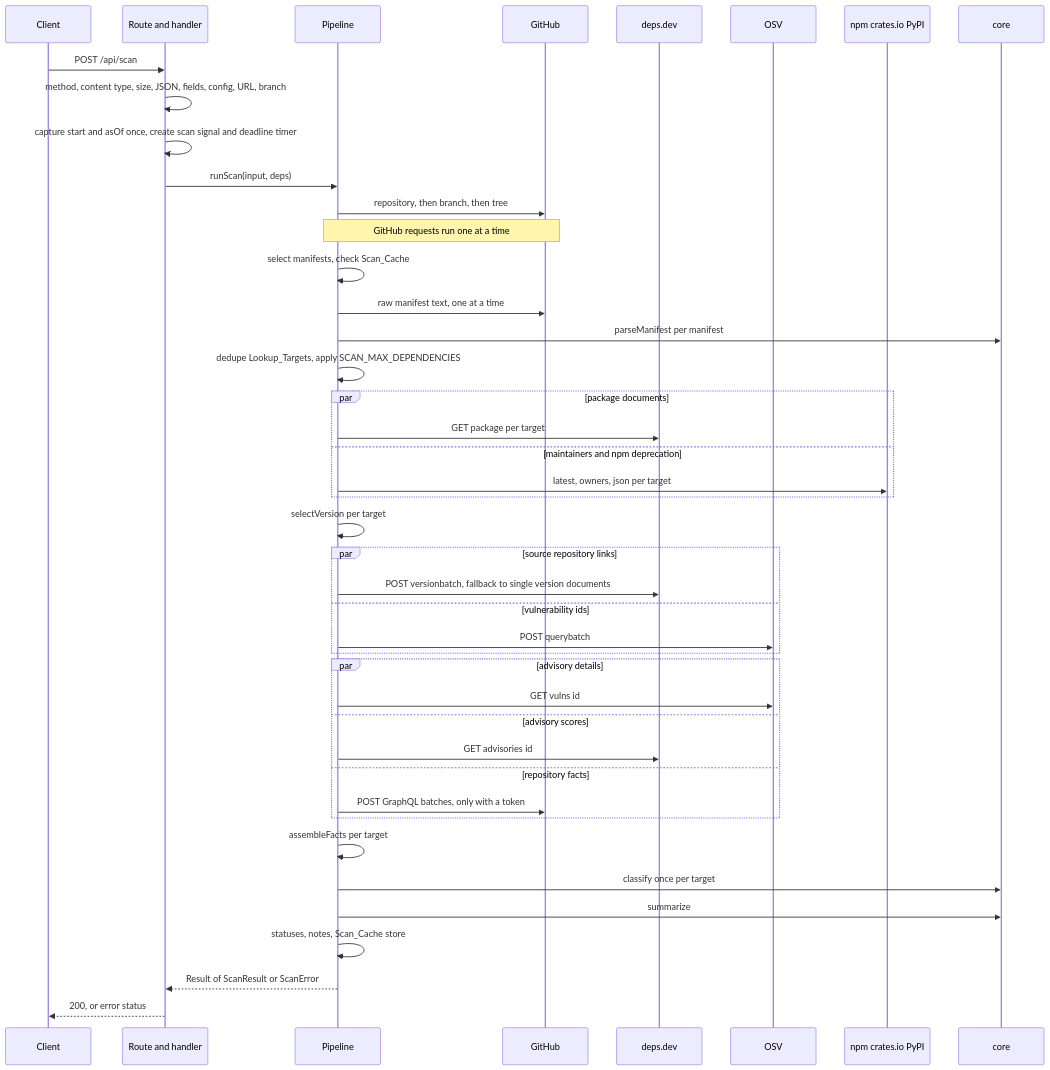
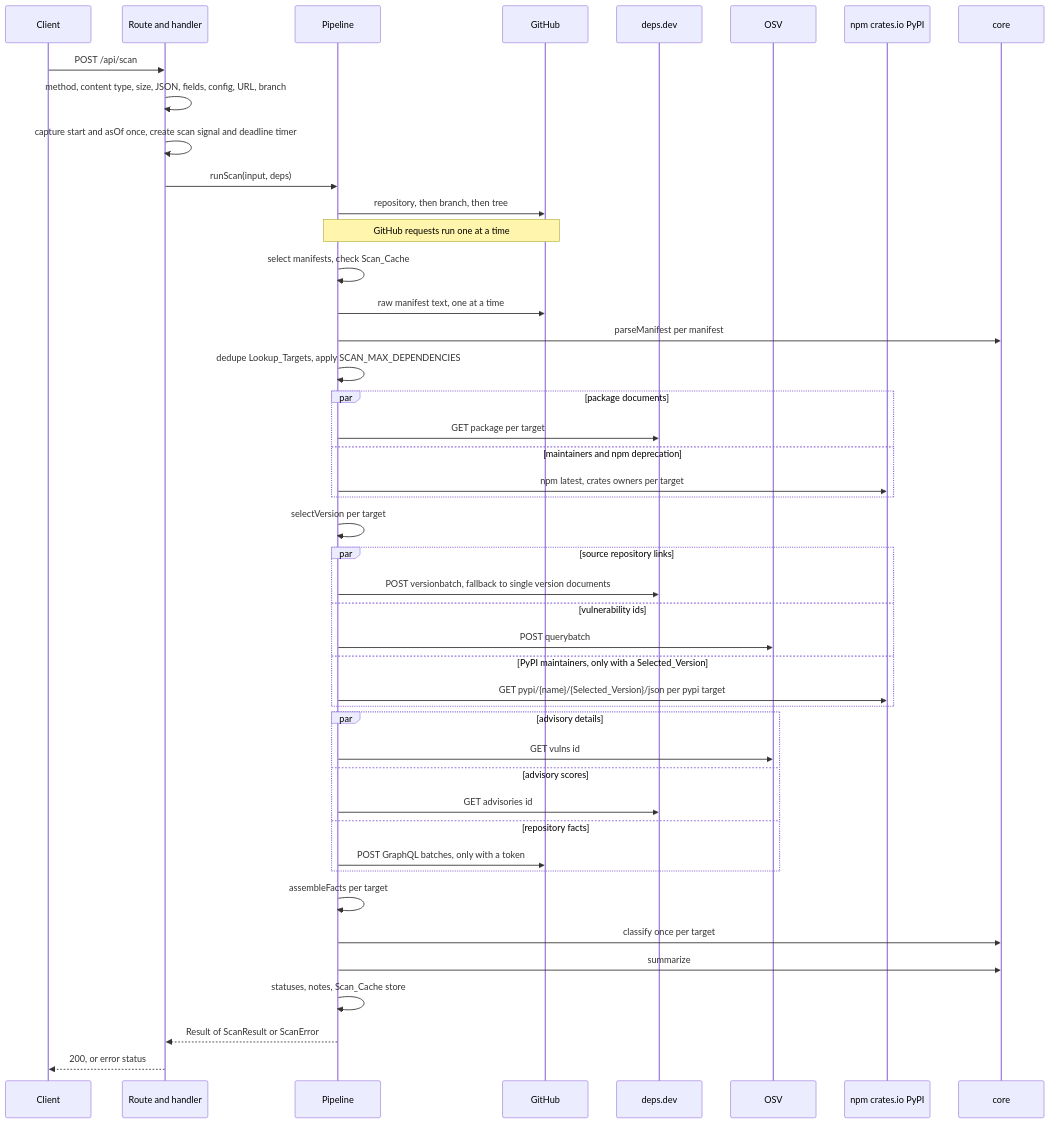
One commit to rustoman-AI/gravekeeper changed the second of 2 diagrams in .kiro/specs/scan-pipeline/design.md. Above: the diagram before and after it, drawn with Mermaid. The commit also changed other lines of this file and 73 other files, not shown here.

Commit message:
scan-pipeline group 1 (part): ports, constants, architecture check, URL/config/day-count/version/CVSS/OSV/GitHub/maintainer/discovery mappers and tests; spec: Property 5 wording, PyPI per-version endpoint, GraphQL unattributed errors

````diff
--- a/.kiro/specs/scan-pipeline/design.md
+++ b/.kiro/specs/scan-pipeline/design.md
@@ -153,46 +153,48 @@
 ```mermaid
 sequenceDiagram
   participant C as Client
   participant R as Route and handler
   participant P as Pipeline
   participant G as GitHub
   participant D as deps.dev
   participant O as OSV
   participant N as npm crates.io PyPI
   participant K as core
 
   C->>R: POST /api/scan
   R->>R: method, content type, size, JSON, fields, config, URL, branch
   R->>R: capture start and asOf once, create scan signal and deadline timer
   R->>P: runScan(input, deps)
   P->>G: repository, then branch, then tree
   Note over P,G: GitHub requests run one at a time
   P->>P: select manifests, check Scan_Cache
   P->>G: raw manifest text, one at a time
   P->>K: parseManifest per manifest
   P->>P: dedupe Lookup_Targets, apply SCAN_MAX_DEPENDENCIES
   par package documents
     P->>D: GET package per target
   and maintainers and npm deprecation
-    P->>N: latest, owners, json per target
+    P->>N: npm latest, crates owners per target
   end
   P->>P: selectVersion per target
   par source repository links
     P->>D: POST versionbatch, fallback to single version documents
   and vulnerability ids
     P->>O: POST querybatch
+  and PyPI maintainers, only with a Selected_Version
+    P->>N: GET pypi/{name}/{Selected_Version}/json per pypi target
   end
   par advisory details
     P->>O: GET vulns id
   and advisory scores
     P->>D: GET advisories id
   and repository facts
     P->>G: POST GraphQL batches, only with a token
   end
   P->>P: assembleFacts per target
   P->>K: classify once per target
   P->>K: summarize
   P->>P: statuses, notes, Scan_Cache store
   P-->>R: Result of ScanResult or ScanError
   R-->>C: 200, or error status
 ```
````
